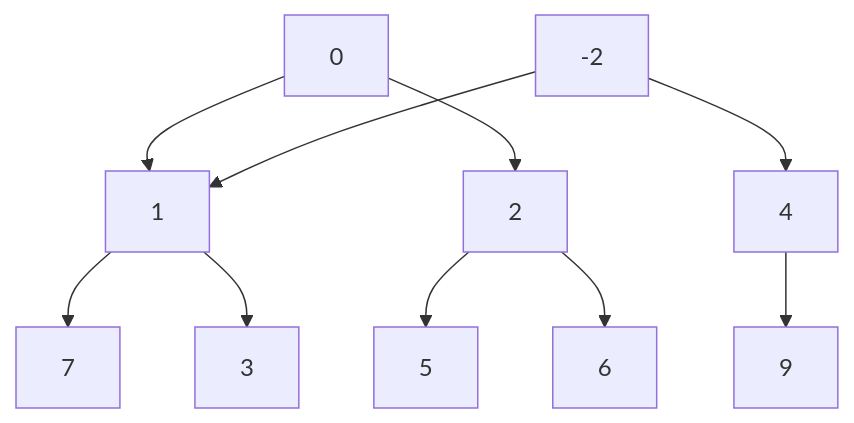
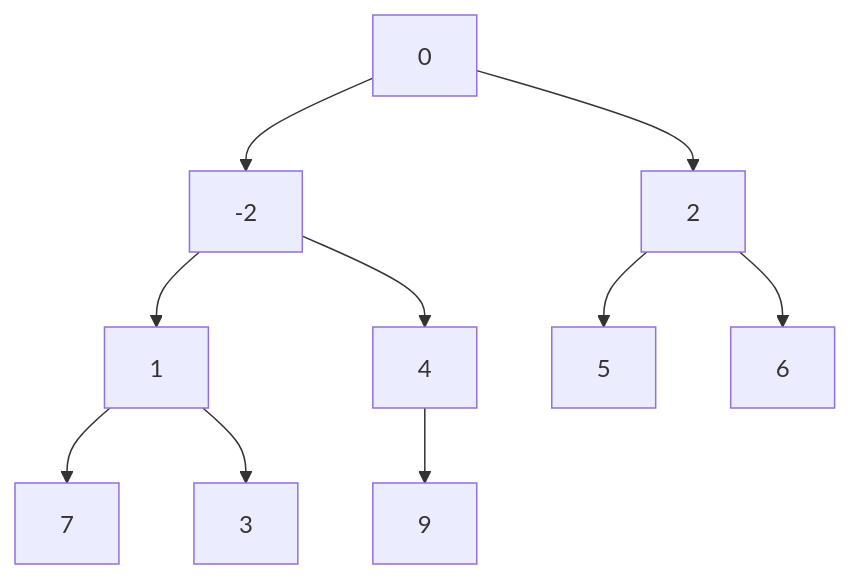
Before and after one commit to alkasher/Binary_Heap: the fourth of 4 diagrams in README.md, drawn with Mermaid.

````diff
--- a/README.md
+++ b/README.md
@@ -48,12 +48,12 @@
 ```mermaid
 graph TD;
-    0-->1;
+    0-->-2;
     0-->2;
     -2-->1;
     -2-->4;
     2-->5;
     2-->6;
     1-->7;
     1-->3;
     4-->9;
 ```
````
